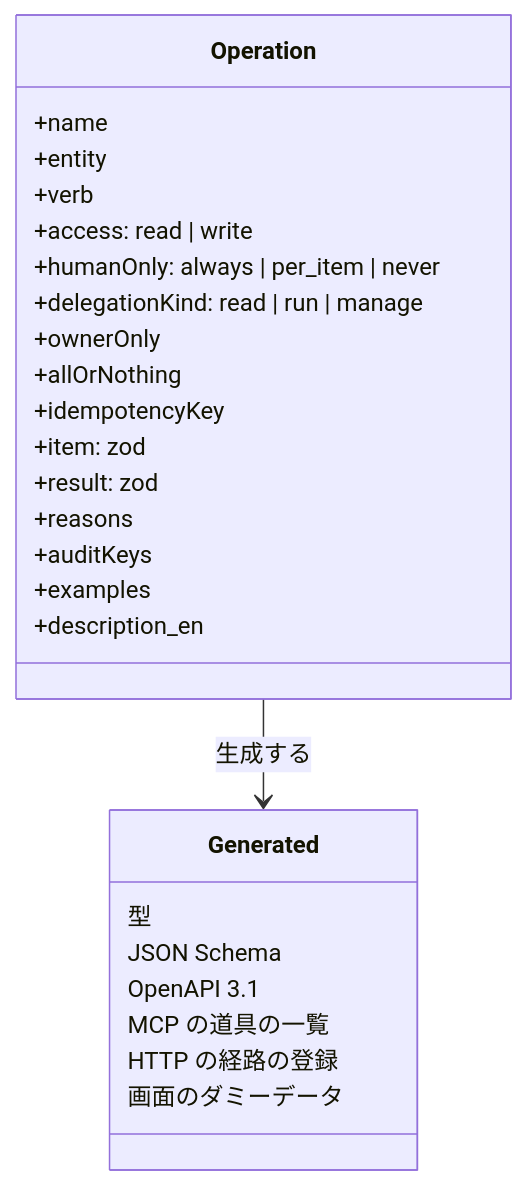
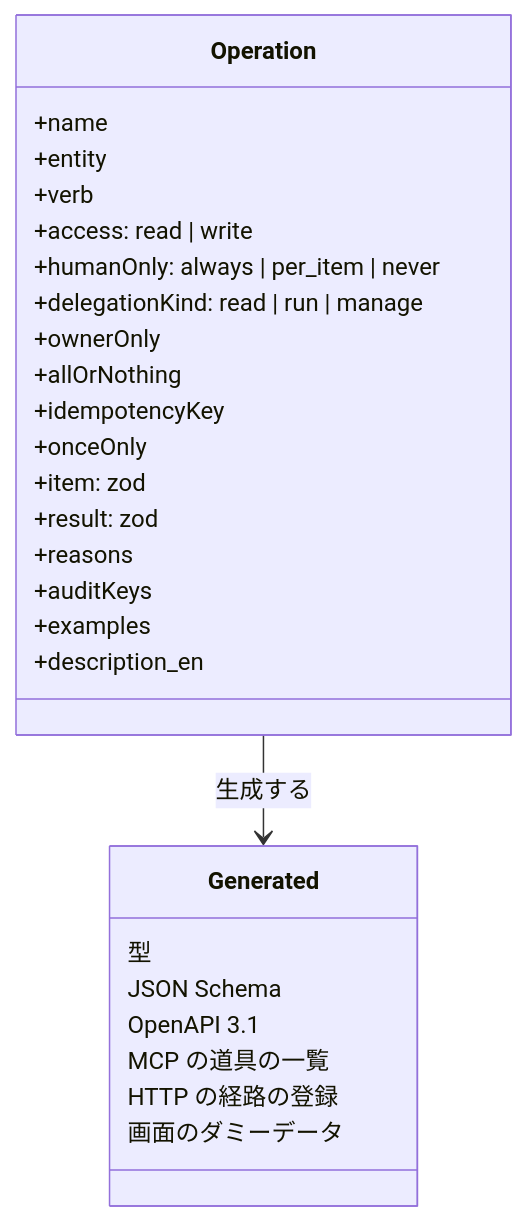
The third of 3 diagrams in docs/design/api.md (devbasex/nd-factory), drawn with Mermaid before and after one commit. The commit also changed other lines of this file and 7 other files, not shown here.

````diff
--- a/docs/design/api.md
+++ b/docs/design/api.md
@@ -535,29 +535,30 @@
 ```mermaid
 classDiagram
     class Operation {
         +name
         +entity
         +verb
         +access: read | write
         +humanOnly: always | per_item | never
         +delegationKind: read | run | manage
         +ownerOnly
         +allOrNothing
         +idempotencyKey
+        +onceOnly
         +item: zod
         +result: zod
         +reasons
         +auditKeys
         +examples
         +description_en
     }
     class Generated {
         型
         JSON Schema
         OpenAPI 3.1
         MCP の道具の一覧
         HTTP の経路の登録
         画面のダミーデータ
     }
     Operation --> Generated : 生成する
 ```
````
